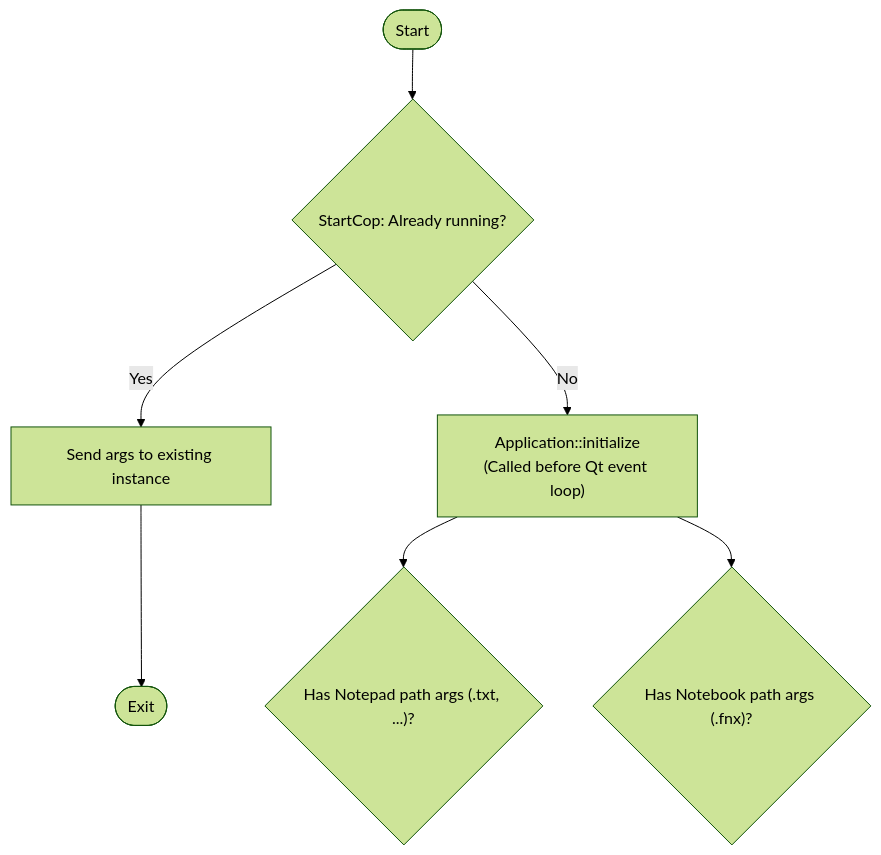
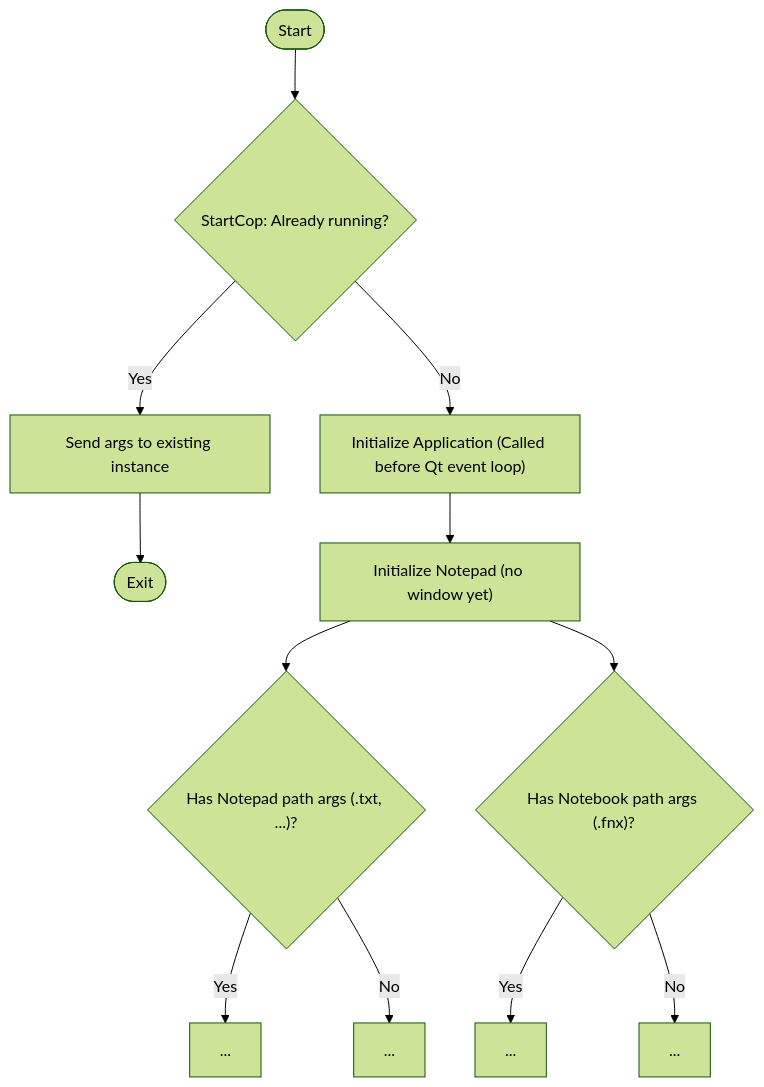
One commit to fairybow/Fernanda changed the diagram in Fernanda/docs/StartupFlowchart.md. Above: the diagram before and after it, drawn with Mermaid (forest theme).

````diff
--- a/Fernanda/docs/StartupFlowchart.md
+++ b/Fernanda/docs/StartupFlowchart.md
@@ -3,13 +3,19 @@
 ```mermaid
 flowchart TD
     Start([Start]) --> StartCop{StartCop: Already running?}
     StartCop -->|Yes| SendArgs[Send args to existing instance]
     SendArgs --> Exit1([Exit])
+    StartCop -->|No| InitApp["Initialize Application (Called before Qt event loop)"]
 
-    StartCop -->|No| InitApp["Application::initialize<br>(Called before Qt event loop)"]
+    InitApp --> InitNotepad["Initialize Notepad (no window yet)"]
+    InitNotepad --> CheckForNotepadArgs{"Has Notepad path args (.txt, ...)?"}
+    InitNotepad --> CheckForNotebookArgs{"Has Notebook path args (.fnx)?"}
 
-    InitApp --> CheckForNotepadArgs{"Has Notepad path args (.txt, ...)?"}
-    InitApp --> CheckForNotebookArgs{"Has Notebook path args (.fnx)?"}
+    CheckForNotepadArgs -->|Yes| A[...]
+    CheckForNotepadArgs -->|No| B[...]
+
+    CheckForNotebookArgs -->|Yes| C[...]
+    CheckForNotebookArgs -->|No| D[...]
 
     %% Check for session for Notepad at some point and then also for each Notebook
 ```
````
